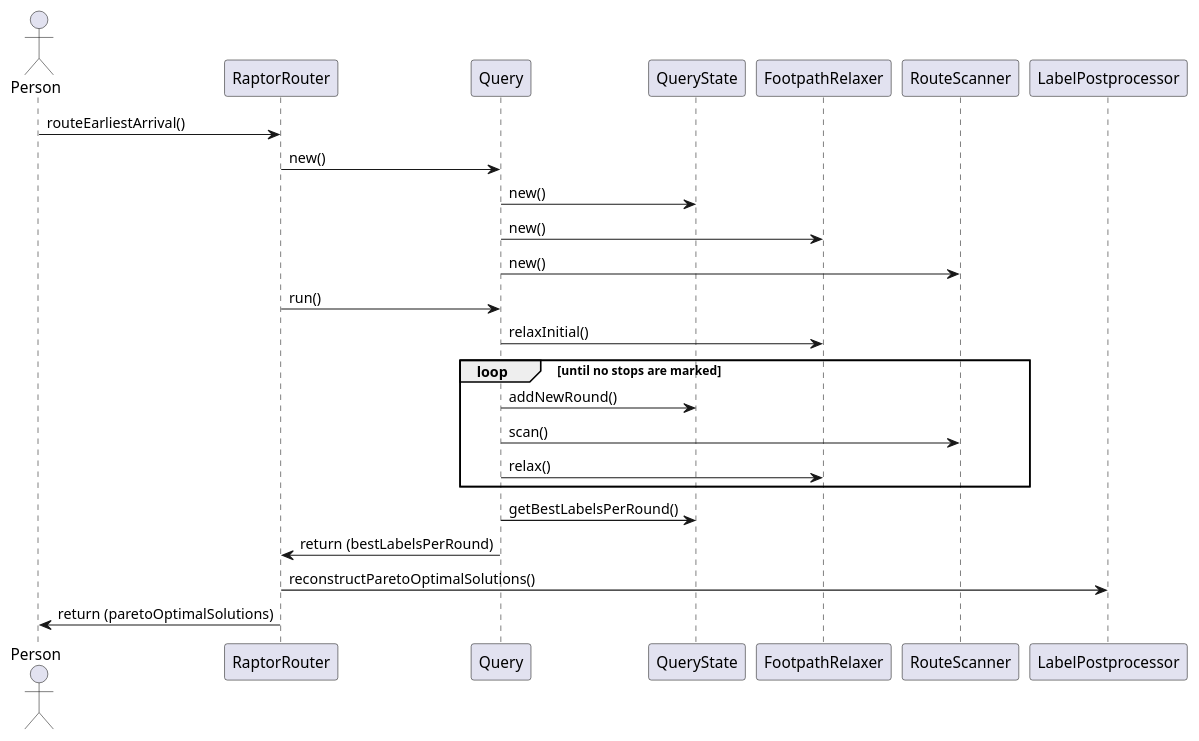
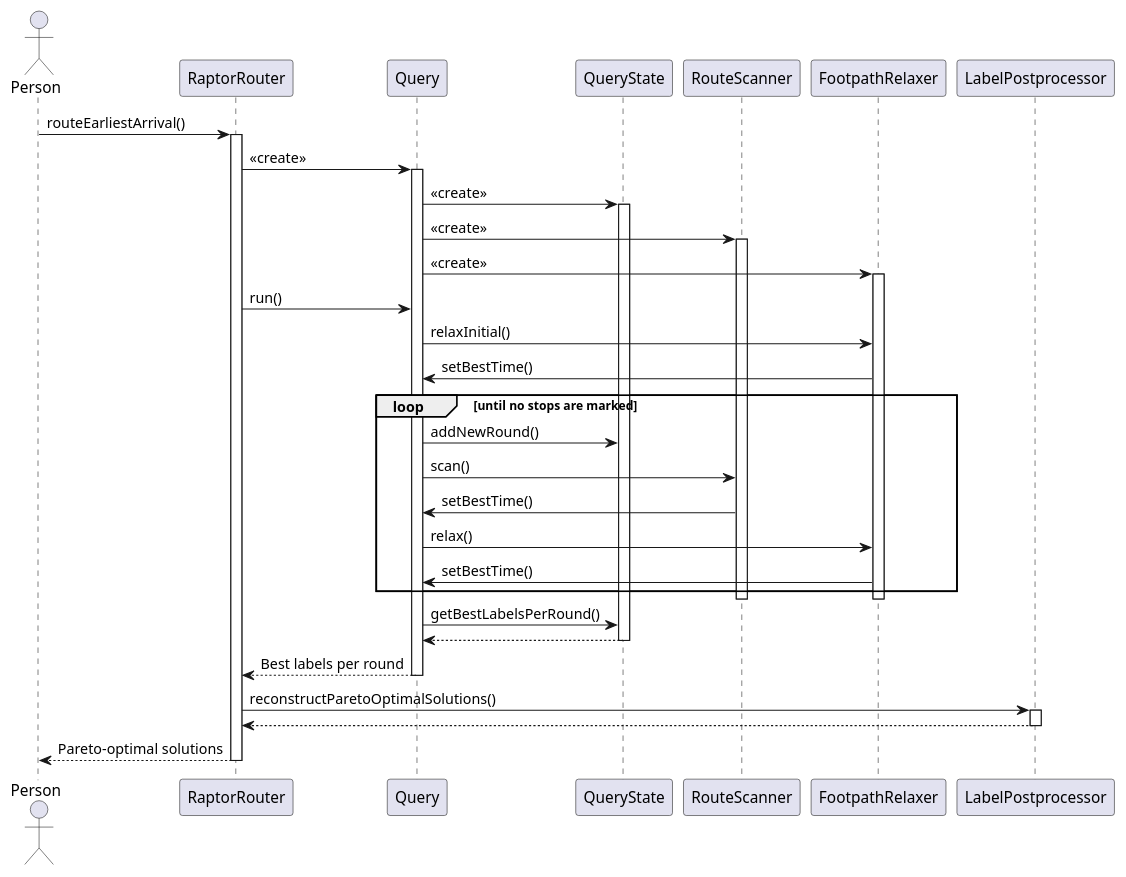
One commit to naviqore/documentation changed the fourth of 4 diagrams in Writerside/topics/simple-raptor.md. Above: the diagram before and after it, drawn with PlantUML. The commit also changed other lines of this file and 6 other files, not shown here.

````diff
--- a/Writerside/topics/simple-raptor.md
+++ b/Writerside/topics/simple-raptor.md
@@ -281,26 +389,56 @@
 ```plantuml
 @startuml
-actor Requestor as "Person"
-Requestor -> RaptorRouter : routeEarliestArrival()
-RaptorRouter -> Query: new()
-Query -> QueryState: new()
-Query -> FootpathRelaxer: new()
-Query -> RouteScanner: new()
+actor Requester as "Person"
+participant RaptorRouter
+participant Query
+participant QueryState
+participant RouteScanner
+participant FootpathRelaxer
+participant LabelPostprocessor
+
+Requester -> RaptorRouter : routeEarliestArrival()
+activate RaptorRouter
+
+RaptorRouter -> Query: <<create>>
+activate Query
+
+Query -> QueryState: <<create>>
+activate QueryState
+
+Query -> RouteScanner: <<create>>
+activate RouteScanner
+
+Query -> FootpathRelaxer: <<create>>
+activate FootpathRelaxer
 
 RaptorRouter -> Query: run()
+
 Query -> FootpathRelaxer: relaxInitial()
+FootpathRelaxer -> Query: setBestTime()
 
 loop until no stops are marked
-Query -> QueryState: addNewRound()
-Query -> RouteScanner: scan()
-Query -> FootpathRelaxer: relax()
+    Query -> QueryState: addNewRound()
+    Query -> RouteScanner: scan()
+    RouteScanner -> Query: setBestTime()
+    Query -> FootpathRelaxer: relax()
+    FootpathRelaxer -> Query: setBestTime()
 end loop
+deactivate RouteScanner
+deactivate FootpathRelaxer
 
 Query -> QueryState: getBestLabelsPerRound()
+QueryState --> Query
+deactivate QueryState
 
-Query -> RaptorRouter: return (bestLabelsPerRound)
+Query --> RaptorRouter: Best labels per round
+deactivate Query
 
 RaptorRouter -> LabelPostprocessor: reconstructParetoOptimalSolutions()
-RaptorRouter-> Requestor: return (paretoOptimalSolutions)
+activate LabelPostprocessor
+LabelPostprocessor --> RaptorRouter
+deactivate LabelPostprocessor
+
+RaptorRouter --> Requester: Pareto-optimal solutions
+deactivate RaptorRouter
 @enduml
 ```
````
